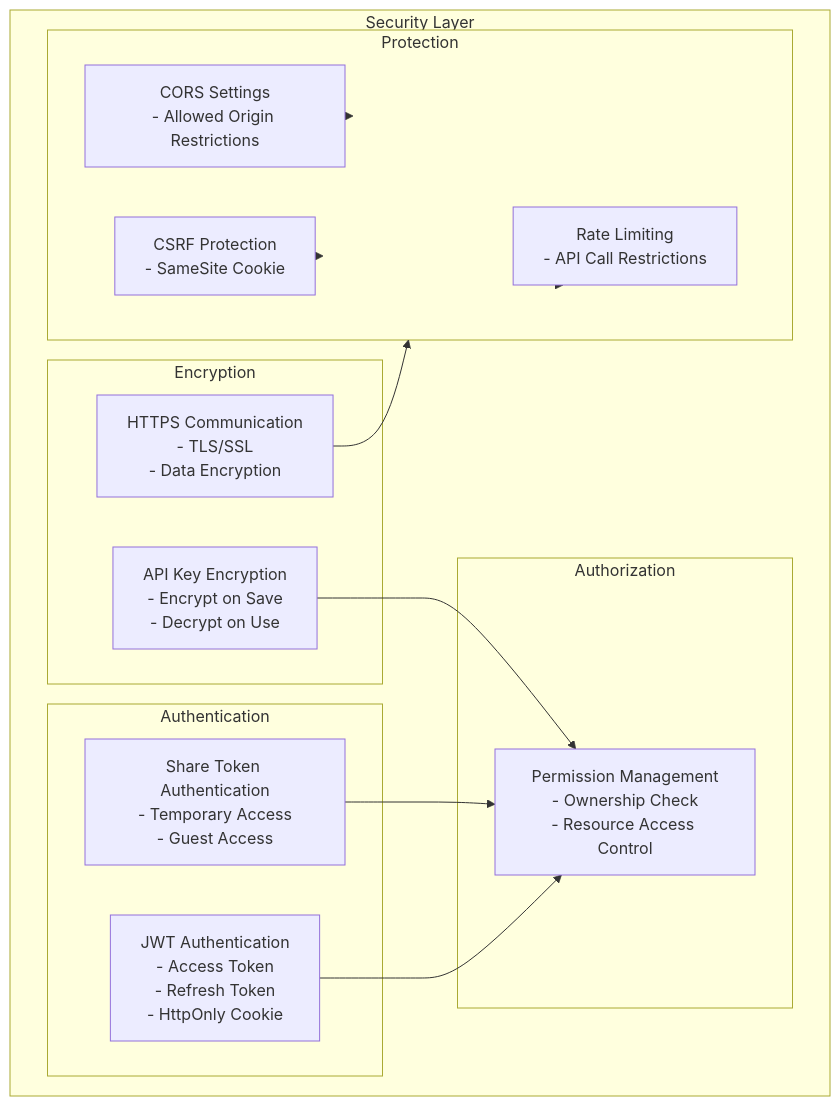
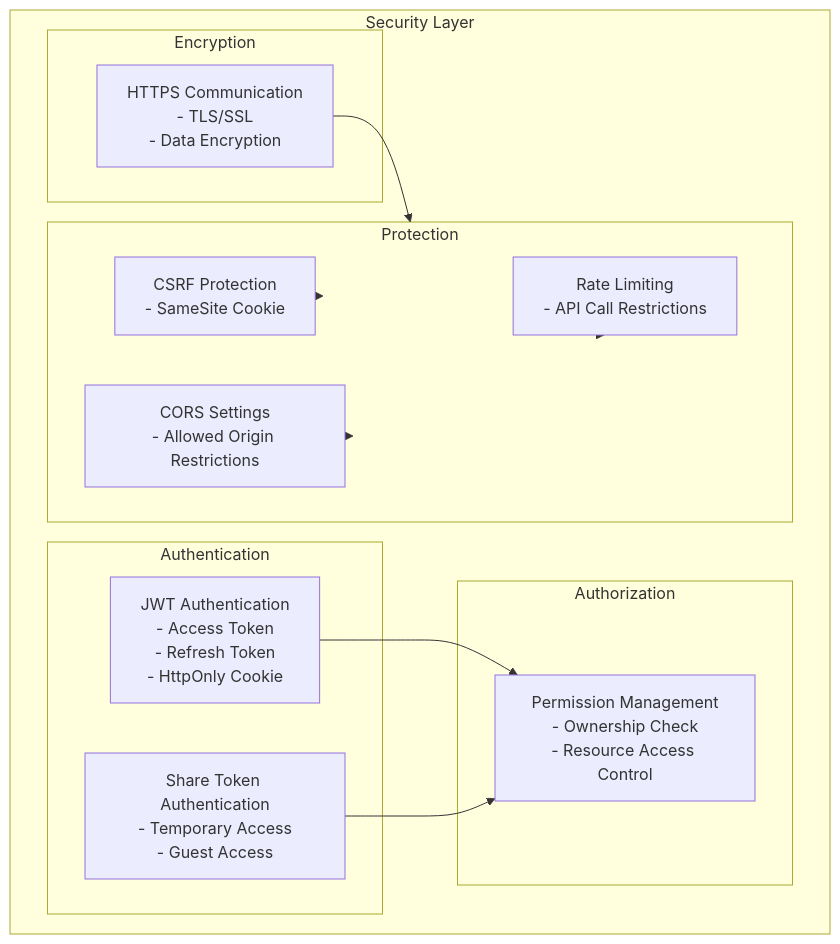
One commit to yukiharada1228/videoq changed the fourth of 7 diagrams in docs/architecture/system-configuration-diagram.md. Above: the diagram before and after it, drawn with Mermaid. The commit also changed 13 other files, not shown here.

````diff
--- a/docs/architecture/system-configuration-diagram.md
+++ b/docs/architecture/system-configuration-diagram.md
@@ -185,32 +185,30 @@
 ```mermaid
 graph TB
     subgraph Security["Security Layer"]
         subgraph Authentication["Authentication"]
             JWT[JWT Authentication<br/>- Access Token<br/>- Refresh Token<br/>- HttpOnly Cookie]
             ShareToken[Share Token Authentication<br/>- Temporary Access<br/>- Guest Access]
         end
         
         subgraph Authorization["Authorization"]
             Permissions[Permission Management<br/>- Ownership Check<br/>- Resource Access Control]
         end
         
         subgraph Encryption["Encryption"]
-            APIKeyEncryption[API Key Encryption<br/>- Encrypt on Save<br/>- Decrypt on Use]
             HTTPS[HTTPS Communication<br/>- TLS/SSL<br/>- Data Encryption]
         end
         
         subgraph Protection["Protection"]
             CSRF[CSRF Protection<br/>- SameSite Cookie]
             CORS[CORS Settings<br/>- Allowed Origin Restrictions]
             RateLimit[Rate Limiting<br/>- API Call Restrictions]
         end
     end
     
     JWT --> Permissions
     ShareToken --> Permissions
-    APIKeyEncryption --> Permissions
     HTTPS --> Protection
     CSRF --> Protection
     CORS --> Protection
     RateLimit --> Protection
 ```
````
